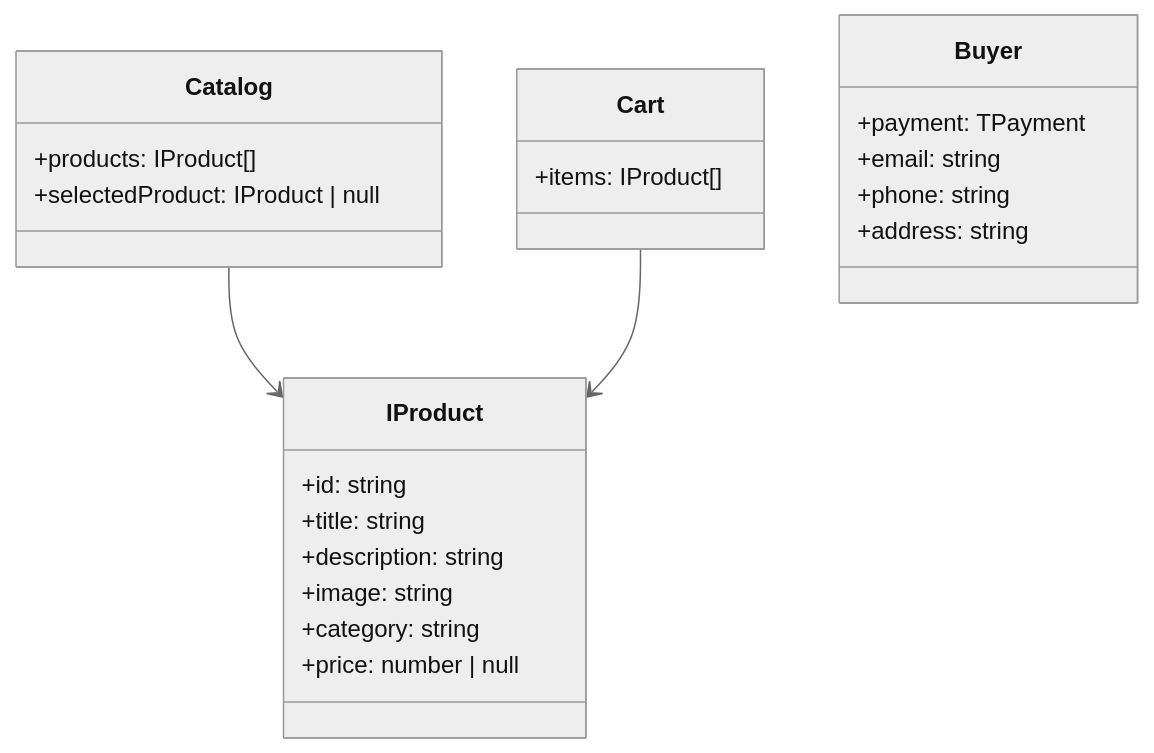
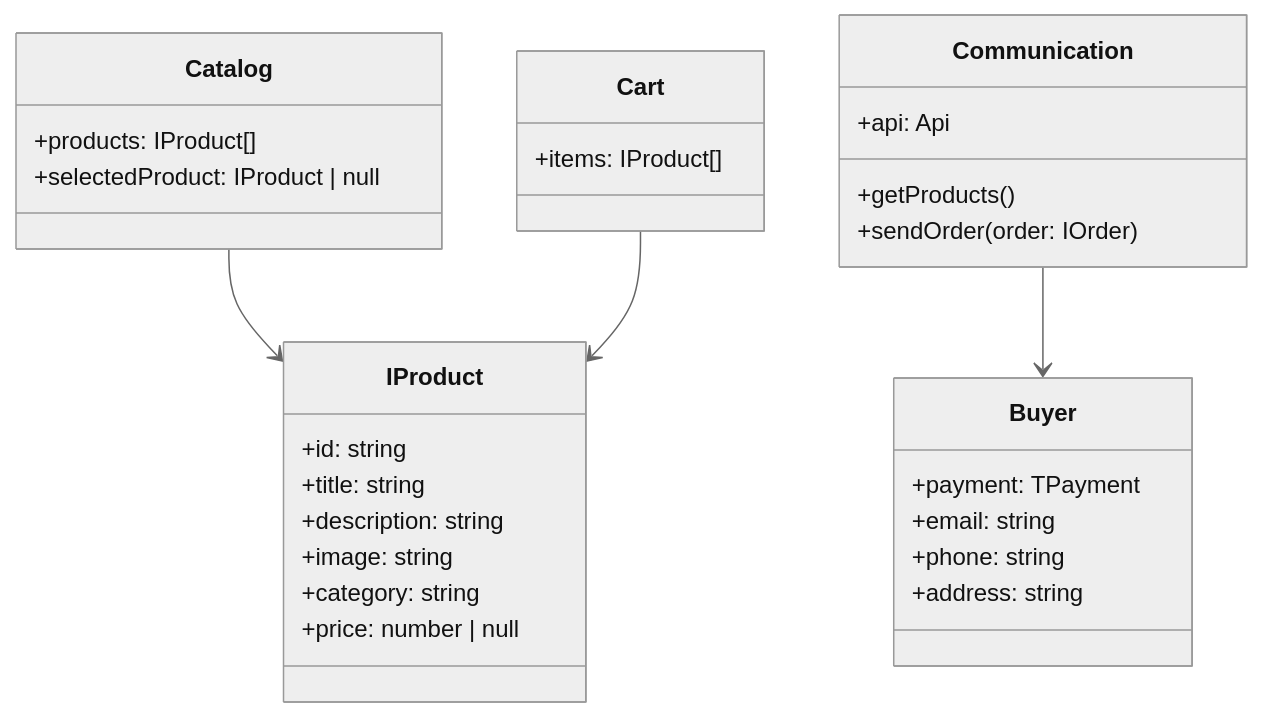
The second of 2 diagrams in README.md (freedigestone/weblarek), drawn with Mermaid (neutral theme) before and after one commit. The commit also changed other lines of this file, not shown here.

Commit message:
Update README.md 6

````diff
--- a/README.md
+++ b/README.md
@@ -319,30 +319,37 @@
 ```mermaid
 classDiagram
     class IProduct {
         +id: string
         +title: string
         +description: string
         +image: string
         +category: string
         +price: number | null
     }
 
     class Catalog {
         +products: IProduct[]
         +selectedProduct: IProduct | null
     }
 
     class Cart {
         +items: IProduct[]
     }
 
     class Buyer {
         +payment: TPayment
         +email: string
         +phone: string
         +address: string
     }
 
+    class Communication {
+        +api: Api
+        +getProducts()
+        +sendOrder(order: IOrder)
+    }
+
     Catalog --> IProduct
     Cart --> IProduct
+    Communication --> Buyer
 ```
````
